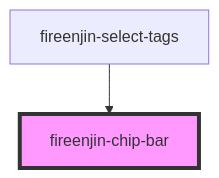
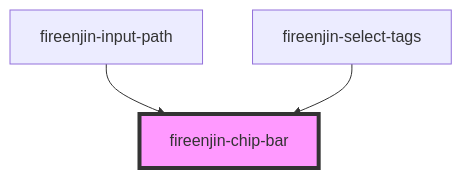
One commit to FireEnjin/Components changed the diagram in src/components/chip-bar/readme.md. Above: the diagram before and after it, drawn with Mermaid. The commit also changed other lines of this file and 5 other files, not shown here.

Commit message:
fix(): Add new input-path component

````diff
--- a/src/components/chip-bar/readme.md
+++ b/src/components/chip-bar/readme.md
@@ -15,5 +16,6 @@
 ```mermaid
 graph TD;
+  fireenjin-input-path --> fireenjin-chip-bar
   fireenjin-select-tags --> fireenjin-chip-bar
   style fireenjin-chip-bar fill:#f9f,stroke:#333,stroke-width:4px
 ```
````
